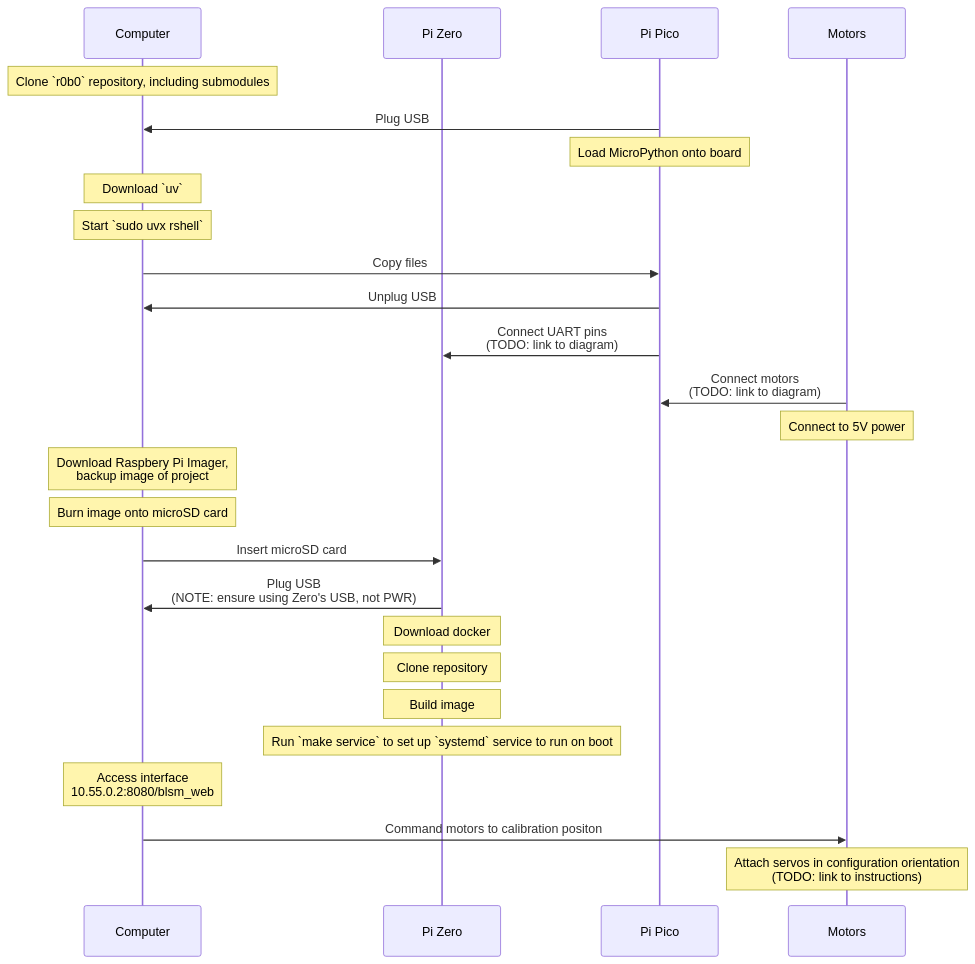
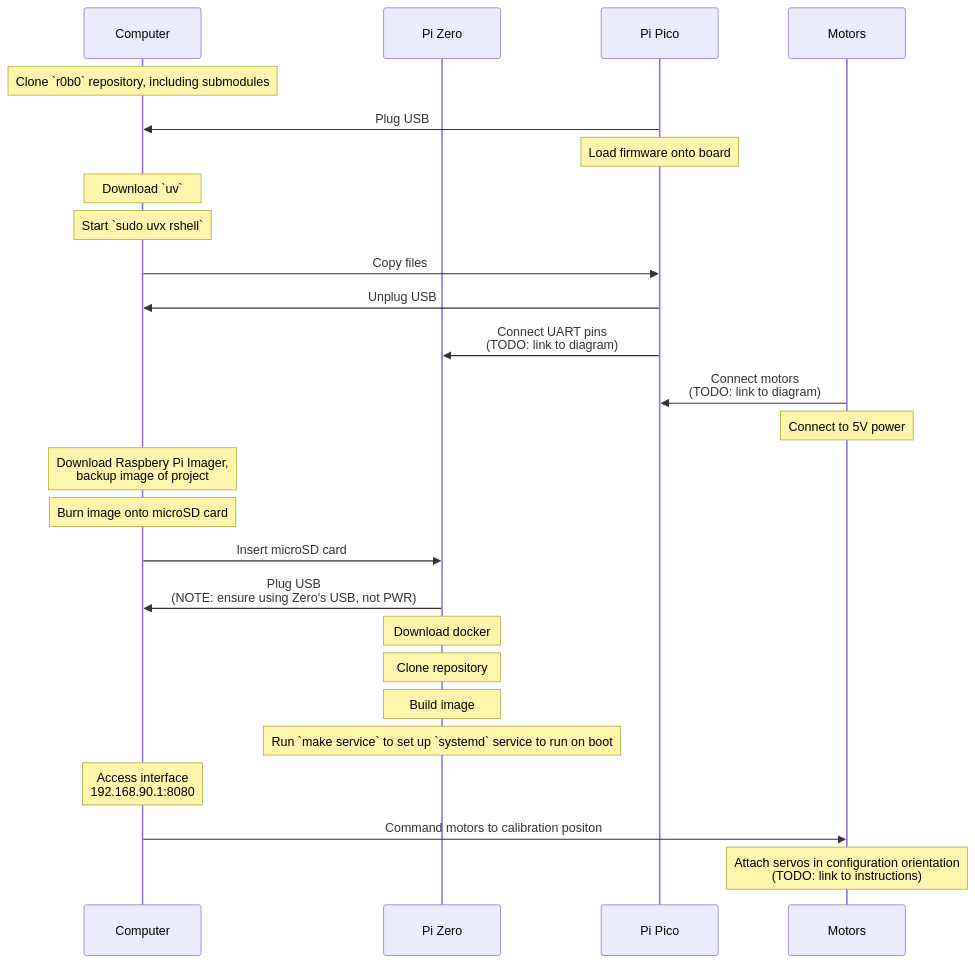
The diagram in docs/blsm.md (msgtn/r0b0), drawn with Mermaid before and after one commit. The commit also changed other lines of this file and 1 other file, not shown here.

````diff
--- a/docs/blsm.md
+++ b/docs/blsm.md
@@ -97,33 +97,33 @@
 ```mermaid
 sequenceDiagram
 	participant comp as Computer
 	participant zero as Pi Zero
 	participant pico as Pi Pico
 	participant motors as Motors
 
 	note over comp: Clone `r0b0` repository, including submodules
 
 	pico ->> comp: Plug USB 
-	note over pico: Load MicroPython onto board 
+	note over pico: Load firmware onto board 
 	note over comp: Download `uv`
 	note over comp: Start `sudo uvx rshell`
 	comp ->> pico: Copy files
 	pico ->> comp: Unplug USB
 	pico ->> zero: Connect UART pins<br>(TODO: link to diagram)
 	motors ->> pico: Connect motors<br>(TODO: link to diagram)
 	note over motors: Connect to 5V power
 
 	note over comp: Download Raspbery Pi Imager,<br>backup image of project
 	note over comp: Burn image onto microSD card
 	comp ->> zero: Insert microSD card
 	zero ->> comp: Plug USB<br>(NOTE: ensure using Zero's USB, not PWR)
 
 	note over zero: Download docker
 	note over zero: Clone repository
 	note over zero: Build image
 	note over zero: Run `make service` to set up `systemd` service to run on boot
 
-	note over comp: Access interface<br>10.55.0.2:8080/blsm_web
+	note over comp: Access interface<br>192.168.90.1:8080
 	comp ->> motors: Command motors to calibration positon
 	note over motors: Attach servos in configuration orientation<br>(TODO: link to instructions)
 ```
````
